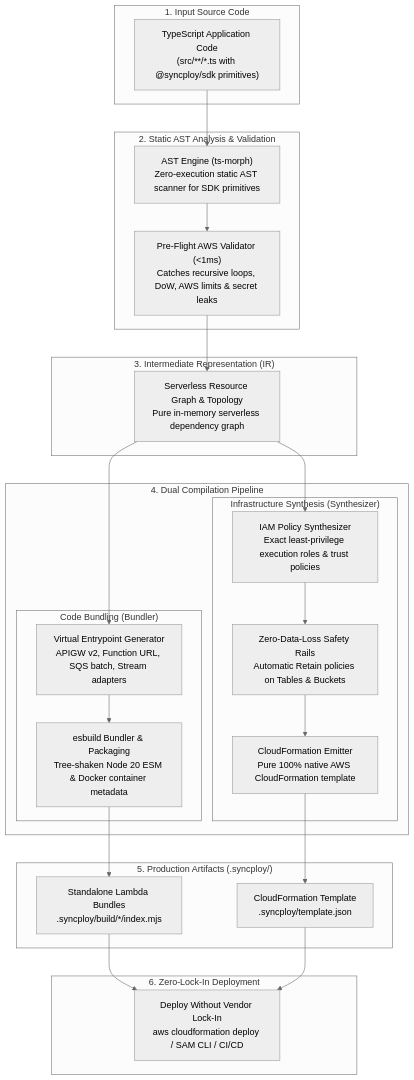
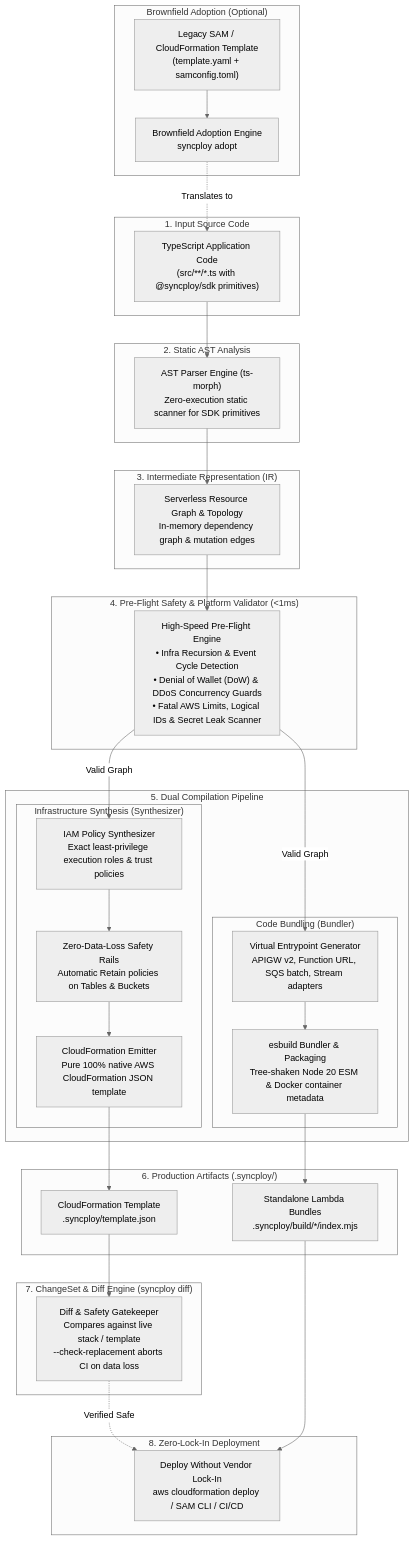
The diagram in README.md (harsh-vardhhan/syncploy), drawn with Mermaid (neutral theme) before and after one commit.

Commit message:
docs: modernize compiler architecture workflow mermaid diagram with adopt, diff, and exact pipeline order

````diff
--- a/README.md
+++ b/README.md
@@ -42,49 +42,64 @@
 ```mermaid
 flowchart TD
+    subgraph Brownfield["Brownfield Adoption (Optional)"]
+        SAM["Legacy SAM / CloudFormation Template<br/>(template.yaml + samconfig.toml)"]
+        ADOPT["Brownfield Adoption Engine<br/>syncploy adopt"]
+        SAM --> ADOPT
+    end
+
     subgraph Input["1. Input Source Code"]
         TS["TypeScript Application Code<br/>(src/**/*.ts with @syncploy/sdk primitives)"]
     end
+    ADOPT -.->|Translates to| TS
 
-    subgraph Parser["2. Static AST Analysis & Validation"]
-        AST["AST Engine (ts-morph)<br/>Zero-execution static AST scanner for SDK primitives"]
-        VAL["Pre-Flight AWS Validator (&lt;1ms)<br/>Catches recursive loops, DoW, AWS limits & secret leaks"]
-        AST --> VAL
+    subgraph Parser["2. Static AST Analysis"]
+        AST["AST Parser Engine (ts-morph)<br/>Zero-execution static scanner for SDK primitives"]
     end
 
     subgraph IR["3. Intermediate Representation (IR)"]
-        GRAPH["Serverless Resource Graph & Topology<br/>Pure in-memory serverless dependency graph"]
+        GRAPH["Serverless Resource Graph & Topology<br/>In-memory dependency graph & mutation edges"]
     end
 
-    subgraph Pipeline["4. Dual Compilation Pipeline"]
+    subgraph Validation["4. Pre-Flight Safety & Platform Validator (&lt;1ms)"]
+        VAL["High-Speed Pre-Flight Engine<br/>• Infra Recursion & Event Cycle Detection<br/>• Denial of Wallet (DoW) & DDoS Concurrency Guards<br/>• Fatal AWS Limits, Logical IDs & Secret Leak Scanner"]
+    end
+
+    subgraph Pipeline["5. Dual Compilation Pipeline"]
         subgraph BundlerPass["Code Bundling (Bundler)"]
             GEN["Virtual Entrypoint Generator<br/>APIGW v2, Function URL, SQS batch, Stream adapters"]
             ESBUILD["esbuild Bundler & Packaging<br/>Tree-shaken Node 20 ESM & Docker container metadata"]
             GEN --> ESBUILD
         end
 
         subgraph SynthPass["Infrastructure Synthesis (Synthesizer)"]
             IAM["IAM Policy Synthesizer<br/>Exact least-privilege execution roles & trust policies"]
             SAFETY["Zero-Data-Loss Safety Rails<br/>Automatic Retain policies on Tables & Buckets"]
-            CFN["CloudFormation Emitter<br/>Pure 100% native AWS CloudFormation template"]
+            CFN["CloudFormation Emitter<br/>Pure 100% native AWS CloudFormation JSON template"]
             IAM --> SAFETY --> CFN
         end
     end
 
-    subgraph Artifacts["5. Production Artifacts (.syncploy/)"]
+    subgraph Artifacts["6. Production Artifacts (.syncploy/)"]
         BUNDLES["Standalone Lambda Bundles<br/>.syncploy/build/*/index.mjs"]
         TEMPLATE["CloudFormation Template<br/>.syncploy/template.json"]
     end
 
-    subgraph Deployment["6. Zero-Lock-In Deployment"]
+    subgraph DiffEngine["7. ChangeSet & Diff Engine (syncploy diff)"]
+        DIFF["Diff & Safety Gatekeeper<br/>Compares against live stack / template<br/>--check-replacement aborts CI on data loss"]
+    end
+
+    subgraph Deployment["8. Zero-Lock-In Deployment"]
         DEPLOY["Deploy Without Vendor Lock-In<br/>aws cloudformation deploy / SAM CLI / CI/CD"]
     end
 
     TS --> AST
-    VAL --> GRAPH
-    GRAPH --> GEN
-    GRAPH --> IAM
+    AST --> GRAPH
+    GRAPH --> VAL
+    VAL -->|Valid Graph| GEN
+    VAL -->|Valid Graph| IAM
     ESBUILD --> BUNDLES
     CFN --> TEMPLATE
+    TEMPLATE --> DIFF
+    DIFF -.->|Verified Safe| DEPLOY
     BUNDLES --> DEPLOY
-    TEMPLATE --> DEPLOY
 ```
````
